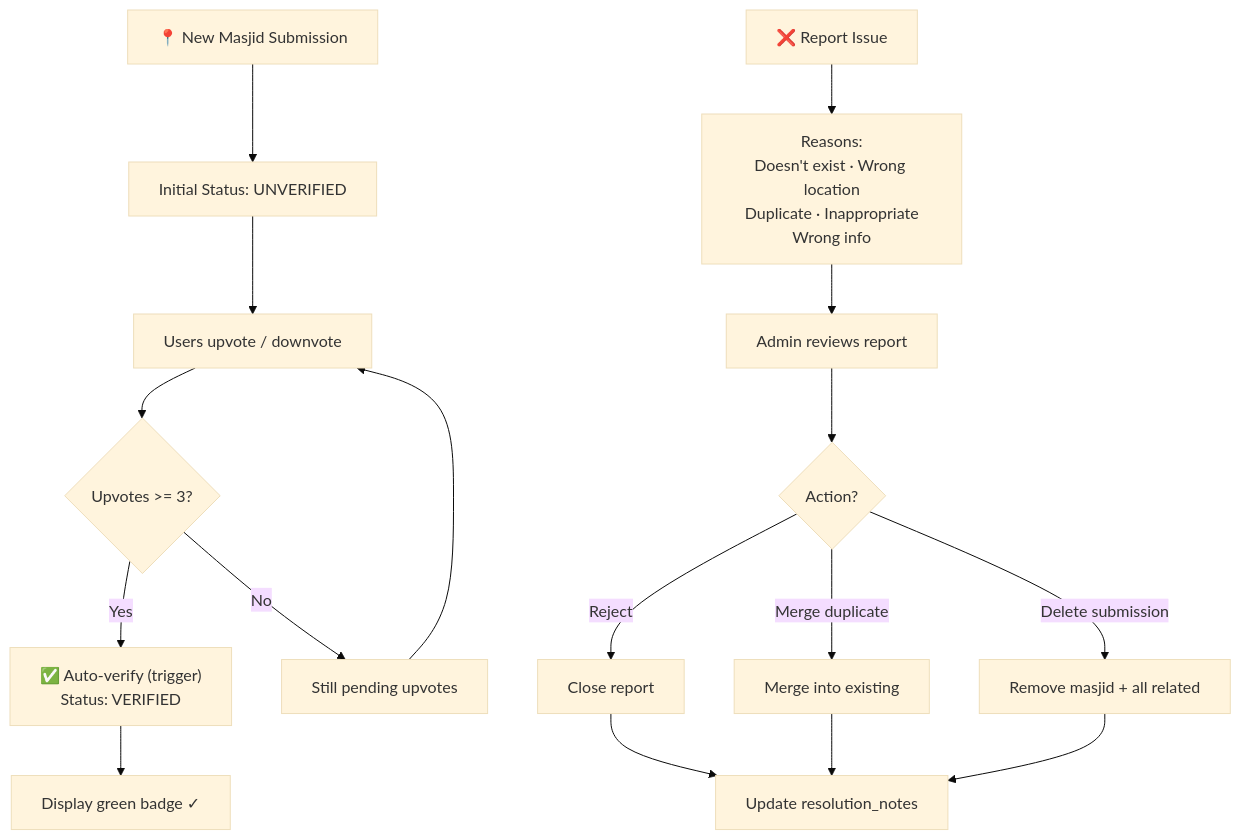
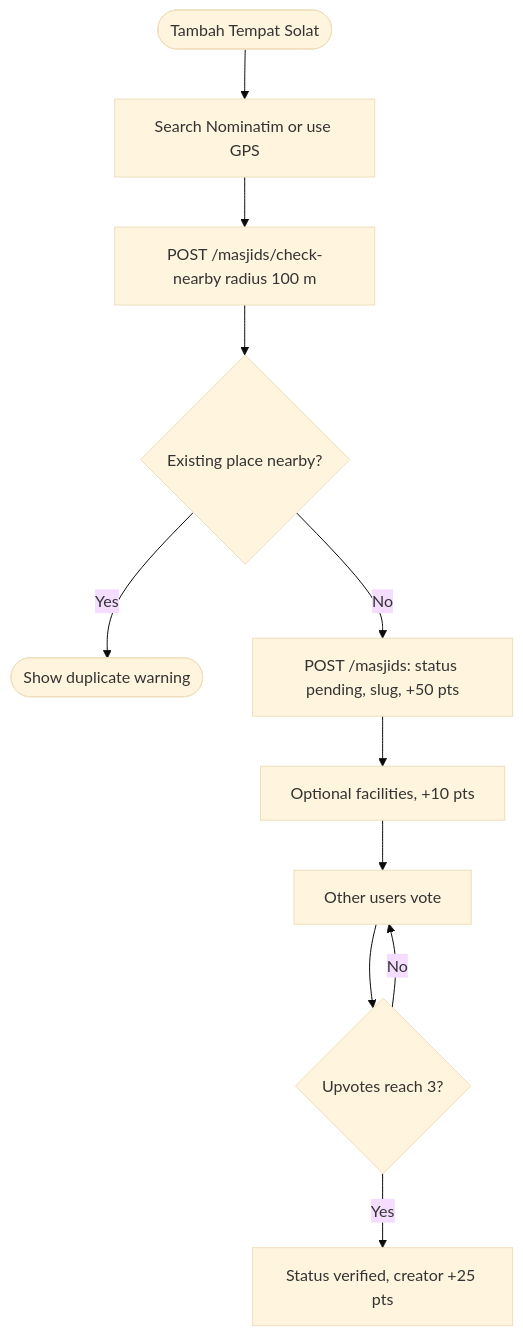
One commit to snsyaqirah/snsyaqirah.github.io changed diagram 14 of 15 in portfolio-react/public/docs/singgahluhh.md. Above: the diagram before and after it, drawn with Mermaid (base theme). The commit also changed other lines of this file and 101 other files, not shown here.

````diff
--- a/portfolio-react/public/docs/singgahluhh.md
+++ b/portfolio-react/public/docs/singgahluhh.md
@@ -953,20 +621,13 @@
 ```mermaid
 flowchart TD
-    A["📍 New Masjid Submission"] --> B["Initial Status: UNVERIFIED"]
-    B --> C["Users upvote / downvote"]
-    C --> D{Upvotes >= 3?}
-    D -->|Yes| E["✅ Auto-verify (trigger)<br/>Status: VERIFIED"]
-    D -->|No| F["Still pending upvotes"]
-    F --> C
-    E --> G["Display green badge ✓"]
-    
-    H["❌ Report Issue"] --> I["Reasons:<br/>Doesn't exist · Wrong location<br/>Duplicate · Inappropriate<br/>Wrong info"]
-    I --> J["Admin reviews report"]
-    J --> K{Action?}
-    K -->|Reject| L["Close report"]
-    K -->|Merge duplicate| M["Merge into existing"]
-    K -->|Delete submission| N["Remove masjid + all related"]
-    L --> O["Update resolution_notes"]
-    M --> O
-    N --> O
+    A([Tambah Tempat Solat]) --> B[Search Nominatim or use GPS]
+    B --> C[POST /masjids/check-nearby radius 100 m]
+    C --> D{Existing place nearby?}
+    D -->|Yes| E([Show duplicate warning])
+    D -->|No| F[POST /masjids: status pending, slug, +50 pts]
+    F --> G[Optional facilities, +10 pts]
+    G --> H[Other users vote]
+    H --> I{Upvotes reach 3?}
+    I -->|No| H
+    I -->|Yes| J[Status verified, creator +25 pts]
 ```
````
